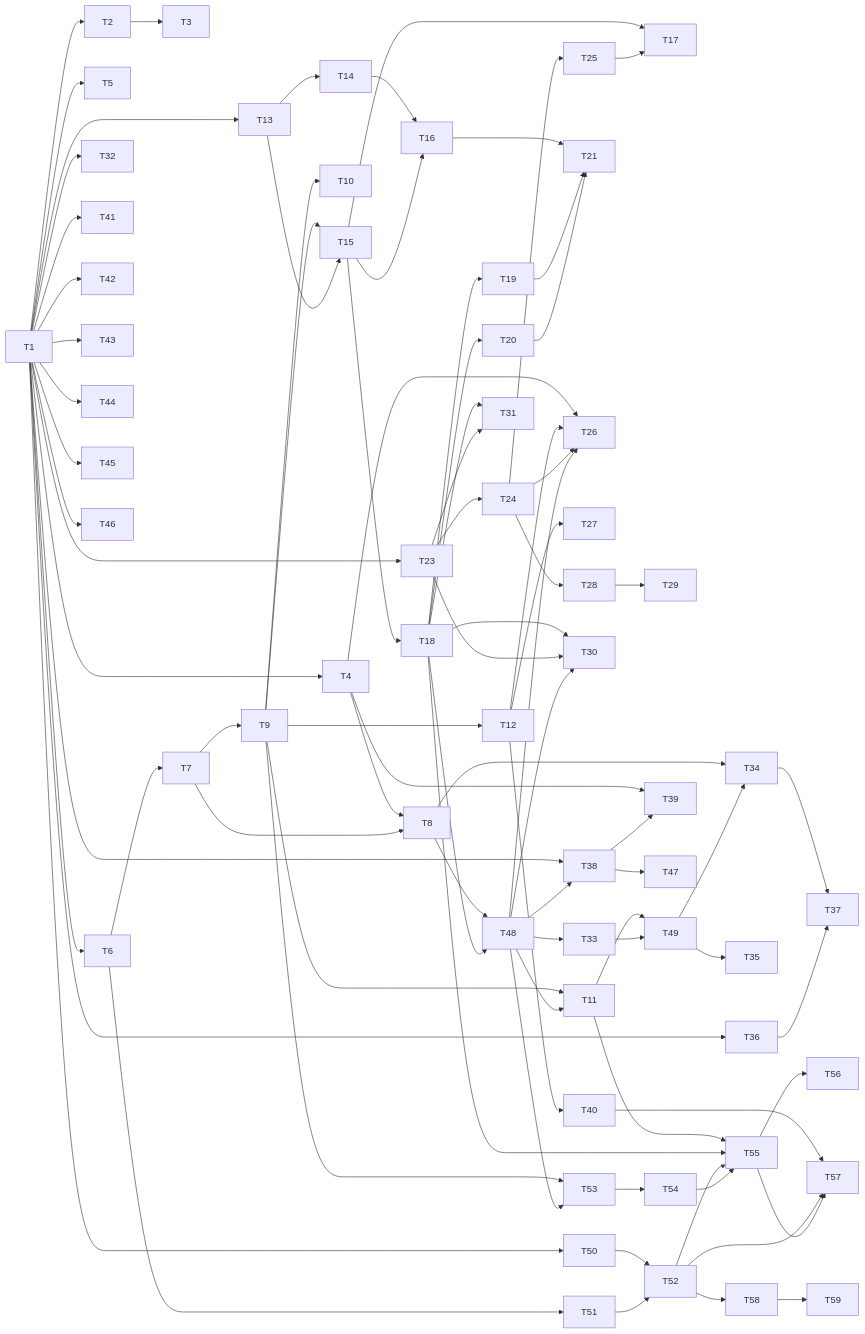
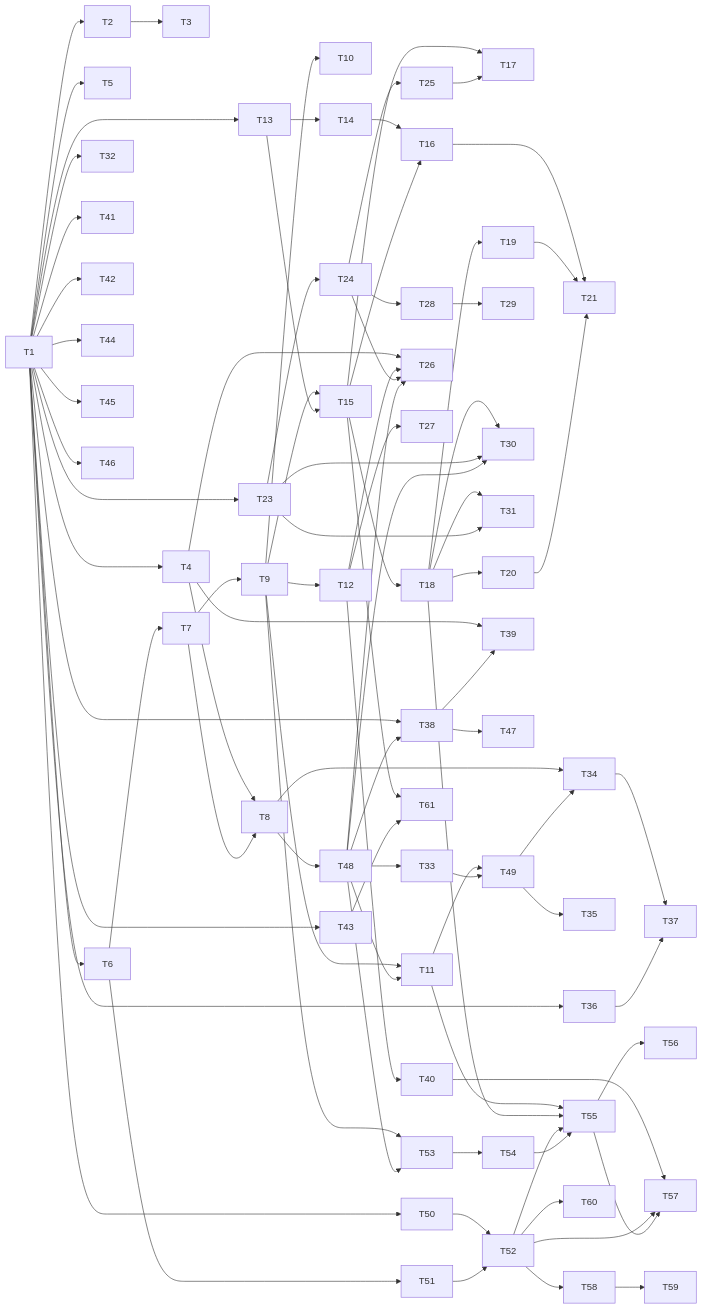
Before and after one commit to liaden/lain: the diagram in planning/specs/nyotes-round3-fixes.md, drawn with Mermaid. The commit also changed other lines of this file, not shown here.

````diff
--- a/planning/specs/nyotes-round3-fixes.md
+++ b/planning/specs/nyotes-round3-fixes.md
@@ -274,7 +276,6 @@
   T1 --> T46
   T38 --> T47
   T8 --> T48
-  T18 --> T48
   T11 --> T49
   T33 --> T49
   T1 --> T50
@@ -294,4 +295,7 @@
   T55 --> T57
   T52 --> T58
   T58 --> T59
+  T52 --> T60
+  T15 --> T61
+  T43 --> T61
 ```
````
